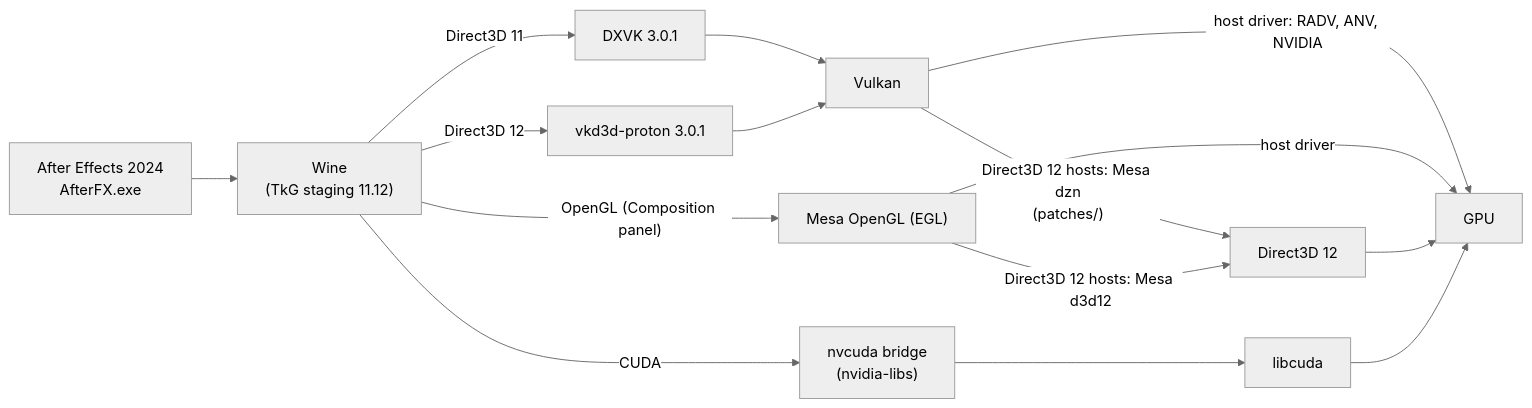
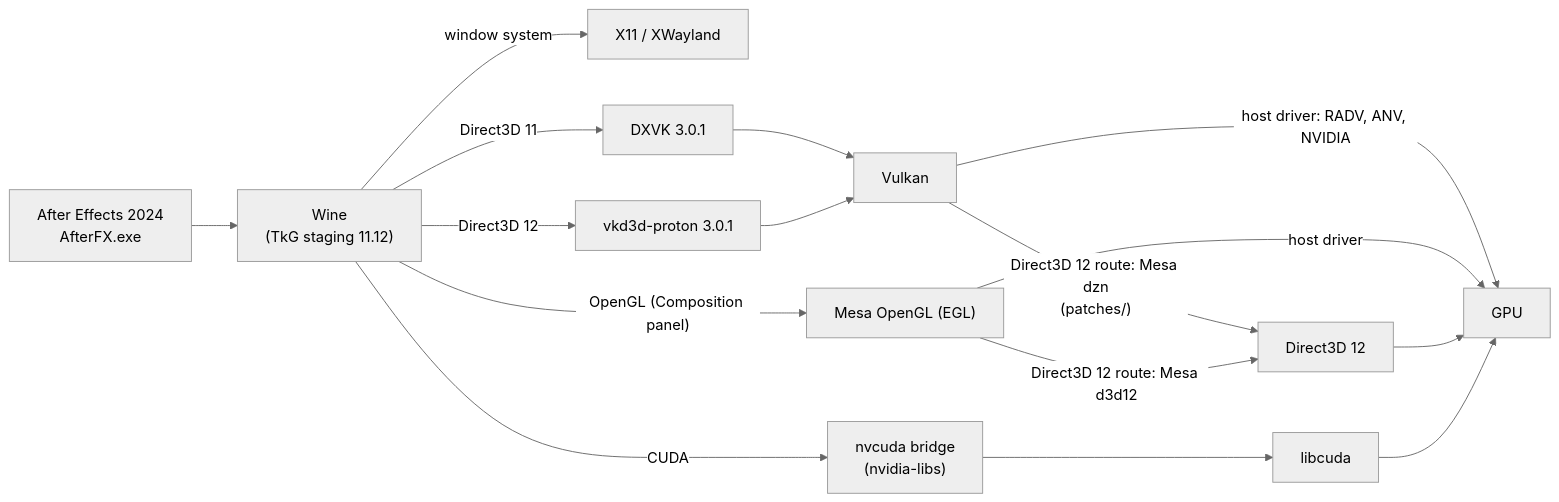
Before and after one commit to BuggingDev/NuxFX: the diagram in README.md, drawn with Mermaid (neutral theme). The commit also changed other lines of this file and 9 other files, not shown here.

````diff
--- a/README.md
+++ b/README.md
@@ -153,16 +238,17 @@
 ```mermaid
 flowchart LR
     AE["After Effects 2024<br/>AfterFX.exe"] --> WINE["Wine<br/>(TkG staging 11.12)"]
+    WINE -- "window system" --> DISPLAY["X11 / XWayland"]
     WINE -- "Direct3D 11" --> DXVK["DXVK 3.0.1"]
     WINE -- "Direct3D 12" --> VKD3D["vkd3d-proton 3.0.1"]
     WINE -- "OpenGL (Composition panel)" --> GL["Mesa OpenGL (EGL)"]
     WINE -- "CUDA" --> NVCUDA["nvcuda bridge<br/>(nvidia-libs)"]
     DXVK --> VK["Vulkan"]
     VKD3D --> VK
     VK -- "host driver: RADV, ANV, NVIDIA" --> GPU["GPU"]
-    VK -- "Direct3D 12 hosts: Mesa dzn<br/>(patches/)" --> D3D12["Direct3D 12"]
+    VK -- "Direct3D 12 route: Mesa dzn<br/>(patches/)" --> D3D12["Direct3D 12"]
     GL -- "host driver" --> GPU
-    GL -- "Direct3D 12 hosts: Mesa d3d12" --> D3D12
+    GL -- "Direct3D 12 route: Mesa d3d12" --> D3D12
     D3D12 --> GPU
     NVCUDA --> LIBCUDA["libcuda"] --> GPU
 ```
````
